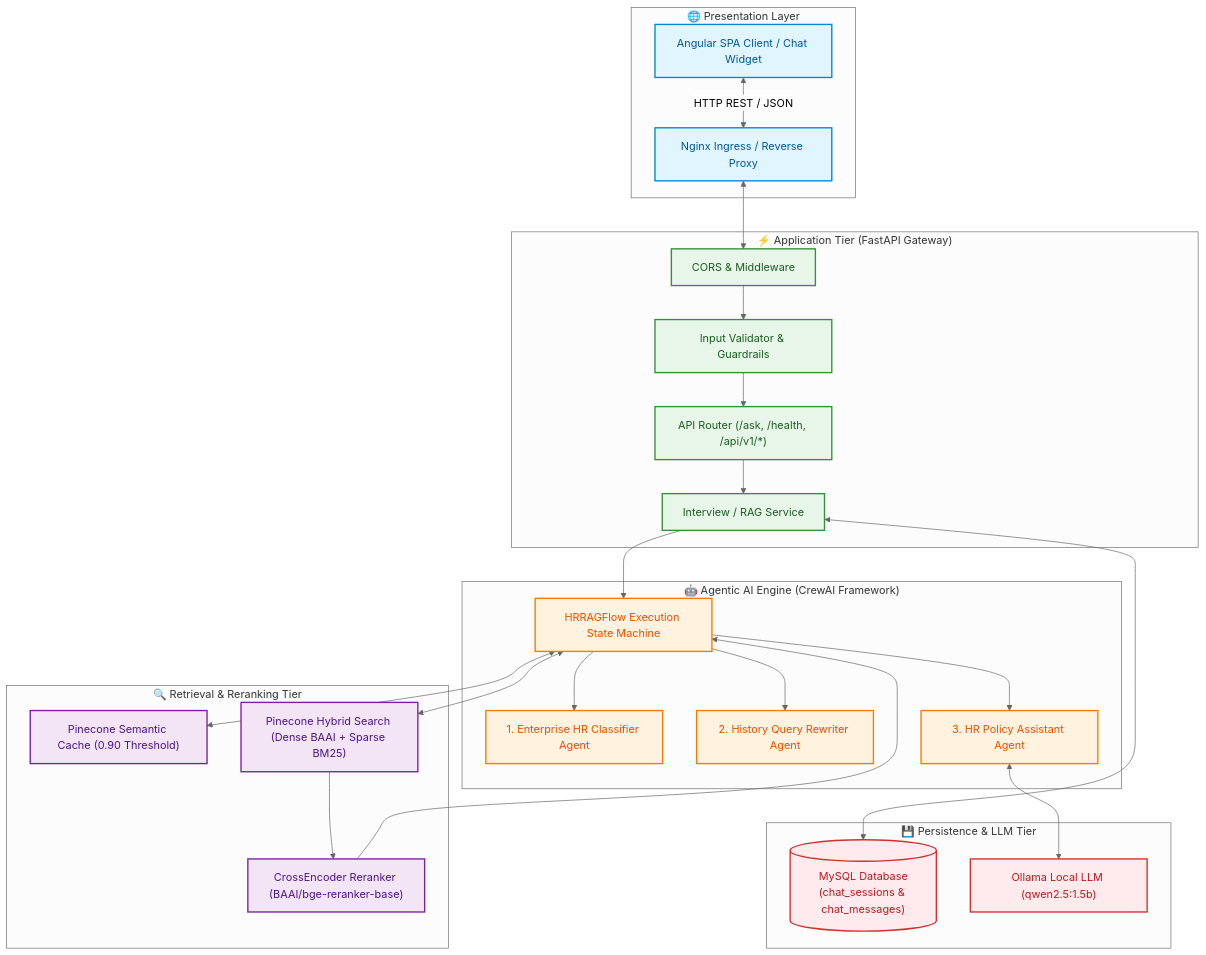
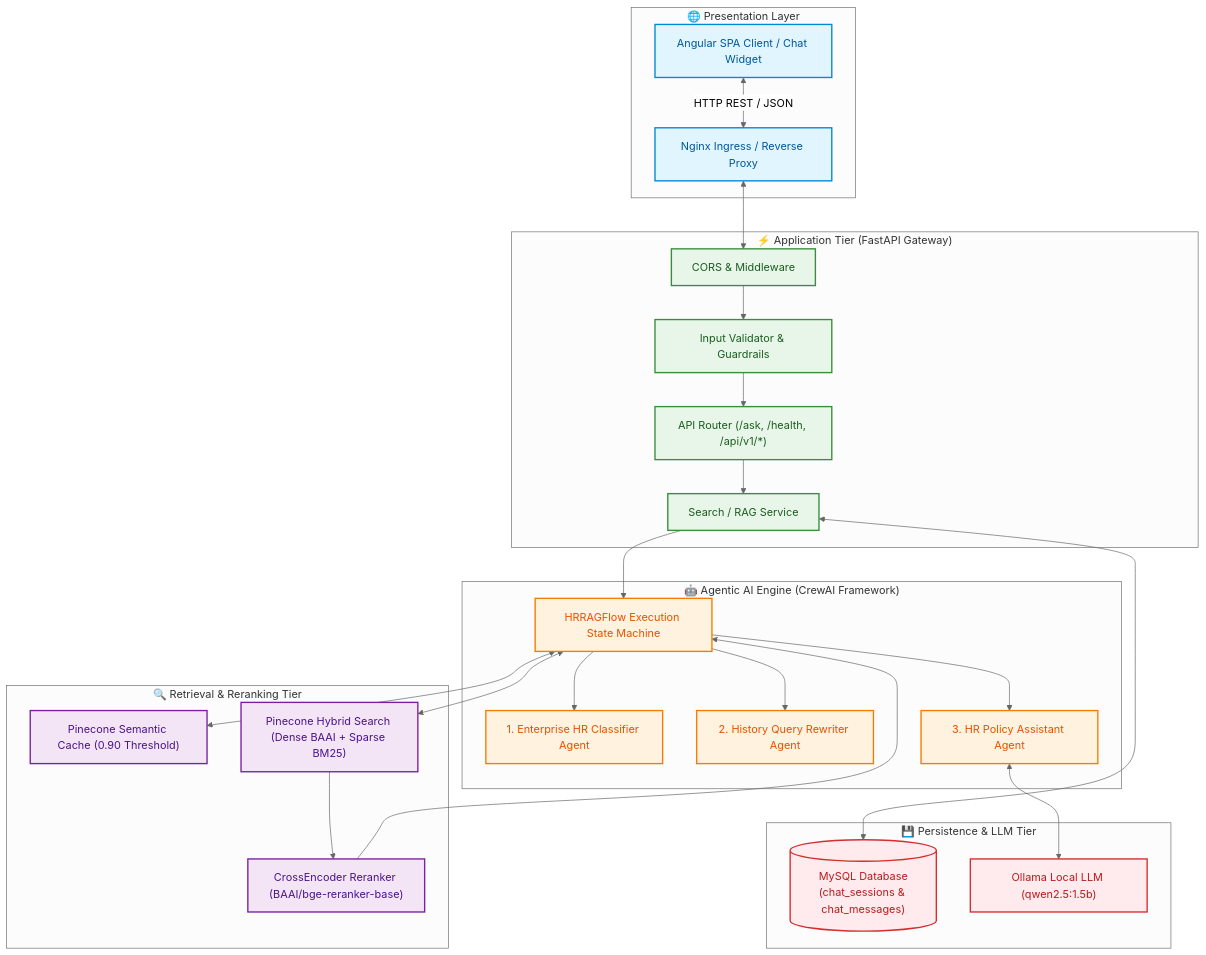
One commit to Nagarajanuser/Agentic-RAG-Document-Search-Platform changed the first of 2 diagrams in README.md. Above: the diagram before and after it, drawn with Mermaid (neutral theme). The commit also changed other lines of this file and 12 other files, not shown here.

Commit message:
Refactor: Rename interview modules to search

````diff
--- a/README.md
+++ b/README.md
@@ -32,58 +32,58 @@
 ```mermaid
 graph TD
     %% Styling
     classDef client fill:#e1f5fe,stroke:#0288d1,stroke-width:2px,color:#01579b;
     classDef api fill:#e8f5e9,stroke:#388e3c,stroke-width:2px,color:#1b5e20;
     classDef agent fill:#fff3e0,stroke:#f57c00,stroke-width:2px,color:#e65100;
     classDef search fill:#f3e5f5,stroke:#7b1fa2,stroke-width:2px,color:#4a148c;
     classDef db fill:#ffebee,stroke:#d32f2f,stroke-width:2px,color:#b71c1c;
 
     subgraph Client_Tier["🌐 Presentation Layer"]
         UI["Angular SPA Client / Chat Widget"]:::client
         Nginx["Nginx Ingress / Reverse Proxy"]:::client
     end
 
     subgraph API_Tier["⚡ Application Tier (FastAPI Gateway)"]
         CORS["CORS & Middleware"]:::api
         Validator["Input Validator & Guardrails"]:::api
         Router["API Router (/ask, /health, /api/v1/*)"]:::api
-        Service["Interview / RAG Service"]:::api
+        Service["Search / RAG Service"]:::api
     end
 
     subgraph Agentic_Engine["🤖 Agentic AI Engine (CrewAI Framework)"]
         Flow["HRRAGFlow Execution State Machine"]:::agent
         Classifier["1. Enterprise HR Classifier Agent"]:::agent
         Rewriter["2. History Query Rewriter Agent"]:::agent
         AnswerGen["3. HR Policy Assistant Agent"]:::agent
     end
 
     subgraph Search_Rerank["🔍 Retrieval & Reranking Tier"]
         Cache["Pinecone Semantic Cache (0.90 Threshold)"]:::search
         HybridSearch["Pinecone Hybrid Search (Dense BAAI + Sparse BM25)"]:::search
         Reranker["CrossEncoder Reranker (BAAI/bge-reranker-base)"]:::search
     end
 
     subgraph Persistence_Tier["💾 Persistence & LLM Tier"]
         MySQL[("MySQL Database<br/>(chat_sessions & chat_messages)")]:::db
         Ollama["Ollama Local LLM (qwen2.5:1.5b)"]:::db
     end
 
     %% Flow Connections
     UI <-->|HTTP REST / JSON| Nginx
     Nginx <--> CORS
     CORS --> Validator
     Validator --> Router
     Router --> Service
     Service --> Flow
 
     Flow --> Classifier
     Flow --> Rewriter
     Flow <--> Cache
     Flow <--> HybridSearch
     HybridSearch --> Reranker
     Reranker --> Flow
     Flow --> AnswerGen
     AnswerGen <--> Ollama
 
     Service <--> MySQL
 ```
````
